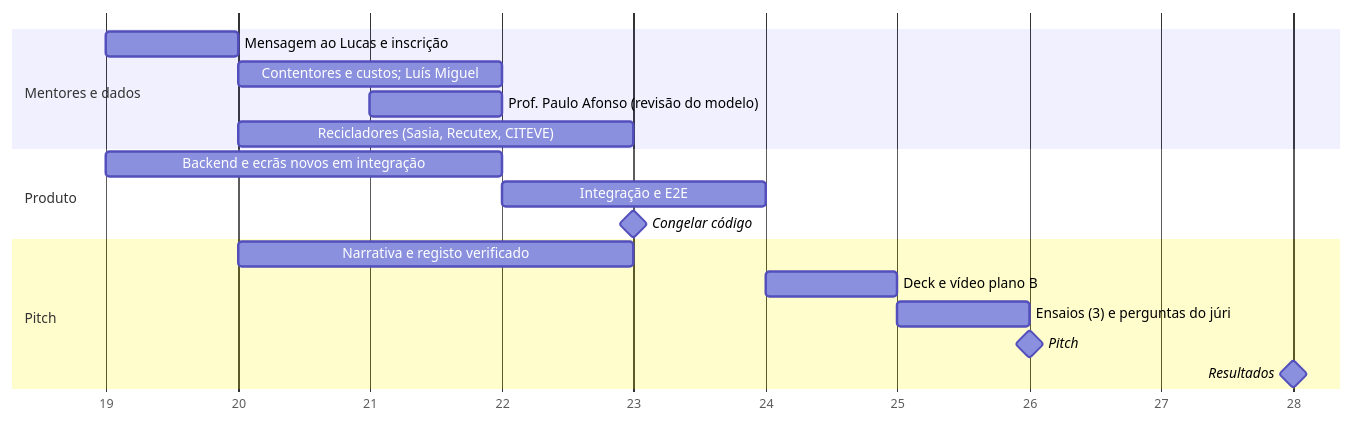
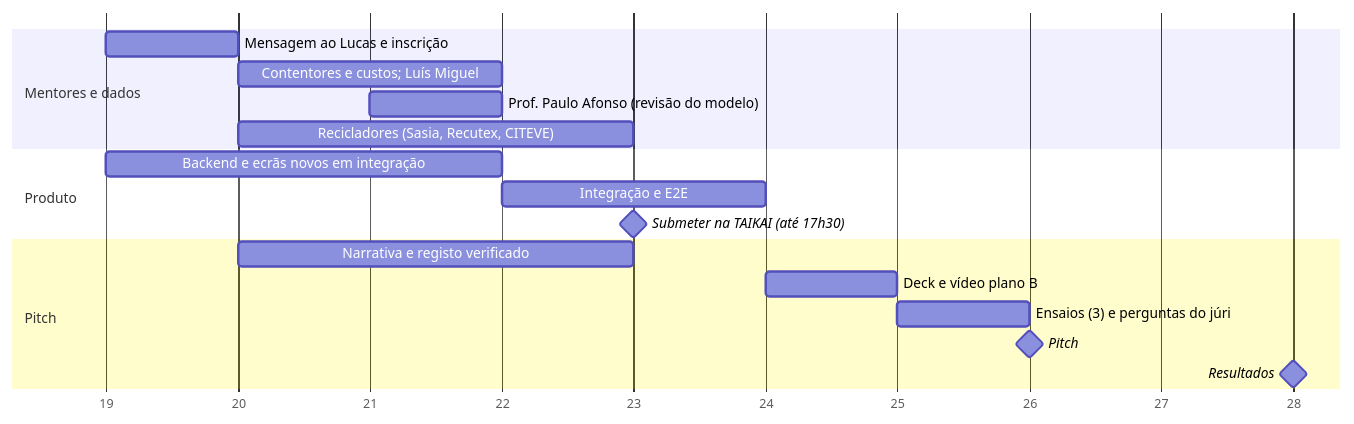
The second of 2 diagrams in docs/projeto/estrategia-para-ganhar.md (helderpgoncalves/novelo), drawn with Mermaid before and after one commit. The commit also changed other lines of this file and 3 other files, not shown here.

````diff
--- a/docs/projeto/estrategia-para-ganhar.md
+++ b/docs/projeto/estrategia-para-ganhar.md
@@ -215,20 +239,20 @@
 ```mermaid
 gantt
     dateFormat  YYYY-MM-DD
     axisFormat  %d
     section Mentores e dados
     Mensagem ao Lucas e inscrição            :a1, 2026-10-19, 1d
     Contentores e custos; Luís Miguel        :a2, 2026-10-20, 2d
     Prof. Paulo Afonso (revisão do modelo)   :a3, 2026-10-21, 1d
     Recicladores (Sasia, Recutex, CITEVE)    :a4, 2026-10-20, 3d
     section Produto
     Backend e ecrãs novos em integração      :b1, 2026-10-19, 3d
     Integração e E2E                         :b2, 2026-10-22, 2d
-    Congelar código                          :milestone, b3, 2026-10-23, 0d
+    Submeter na TAIKAI (até 17h30)           :milestone, b3, 2026-10-23, 0d
     section Pitch
     Narrativa e registo verificado           :c1, 2026-10-20, 3d
     Deck e vídeo plano B                     :c2, 2026-10-24, 1d
     Ensaios (3) e perguntas do júri          :c3, 2026-10-25, 1d
     Pitch                                    :milestone, c4, 2026-10-26, 0d
     Resultados                               :milestone, c5, 2026-10-28, 0d
 ```
````
